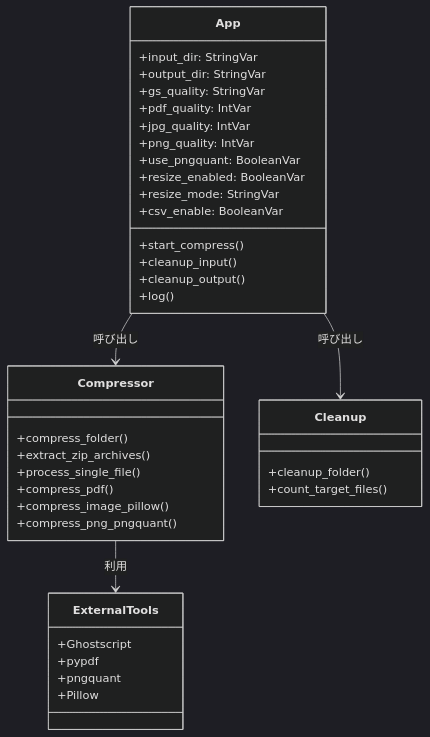
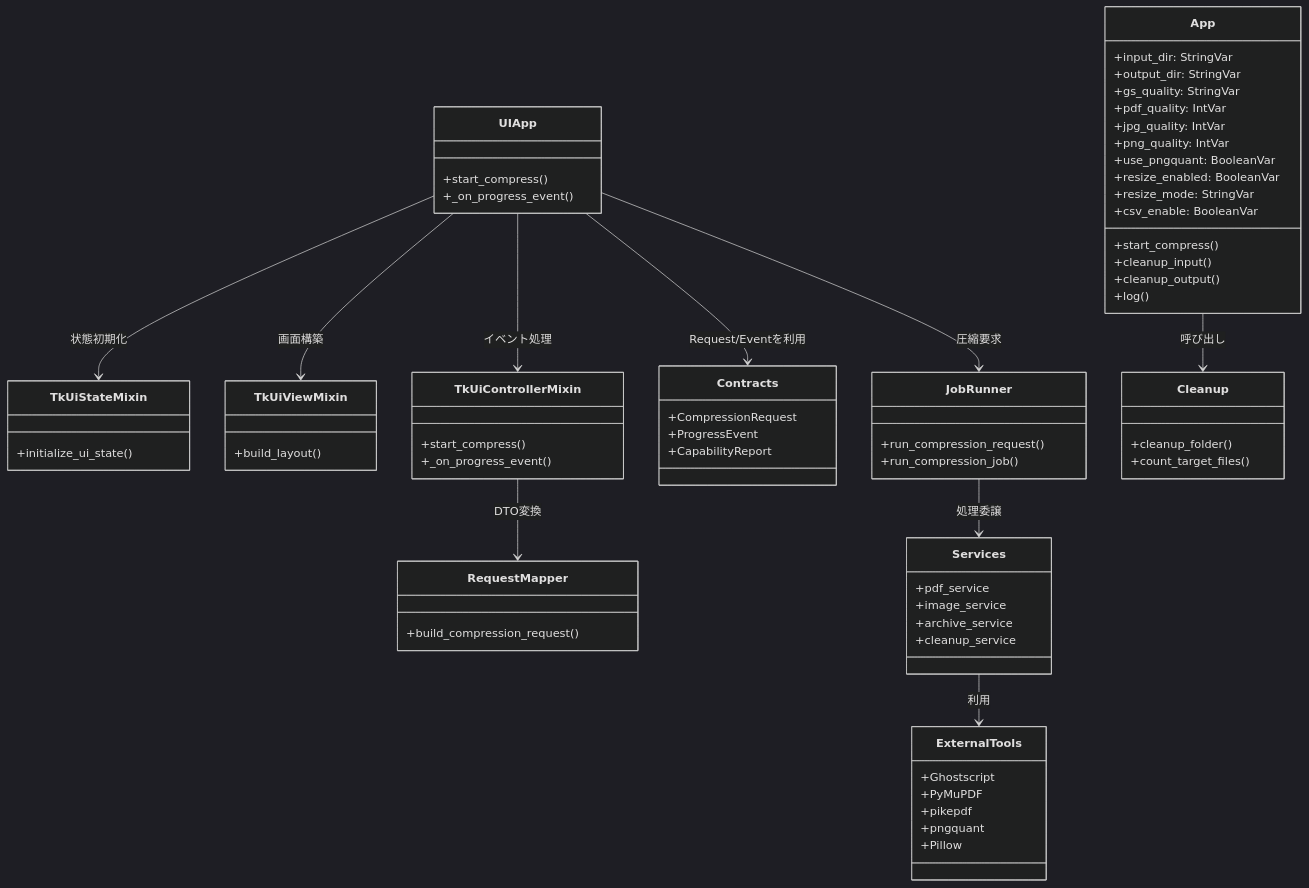
The third of 3 diagrams in Documentation/flow_sequence_and_class_diagrams.md (sho-kawasaki-dd/pjp_compressor_v2), drawn with Mermaid (dark theme) before and after one commit. The commit also changed other lines of this file and 33 other files, not shown here.

Commit message:
Front end refactoring view-controller-mapper architecture

````diff
--- a/Documentation/flow_sequence_and_class_diagrams.md
+++ b/Documentation/flow_sequence_and_class_diagrams.md
@@ -90,44 +90,82 @@
 ```mermaid
 classDiagram
     class App {
         +input_dir: StringVar
         +output_dir: StringVar
         +gs_quality: StringVar
         +pdf_quality: IntVar
         +jpg_quality: IntVar
         +png_quality: IntVar
         +use_pngquant: BooleanVar
         +resize_enabled: BooleanVar
         +resize_mode: StringVar
         +csv_enable: BooleanVar
         +start_compress()
         +cleanup_input()
         +cleanup_output()
         +log()
     }
 
-    class Compressor {
-        +compress_folder()
-        +extract_zip_archives()
-        +process_single_file()
-        +compress_pdf()
-        +compress_image_pillow()
-        +compress_png_pngquant()
+    class UIApp {
+        +start_compress()
+        +_on_progress_event()
+    }
+
+    class TkUiStateMixin {
+        +initialize_ui_state()
+    }
+
+    class TkUiViewMixin {
+        +build_layout()
+    }
+
+    class TkUiControllerMixin {
+        +start_compress()
+        +_on_progress_event()
+    }
+
+    class RequestMapper {
+        +build_compression_request()
+    }
+
+    class Contracts {
+        +CompressionRequest
+        +ProgressEvent
+        +CapabilityReport
+    }
+
+    class JobRunner {
+        +run_compression_request()
+        +run_compression_job()
+    }
+
+    class Services {
+        +pdf_service
+        +image_service
+        +archive_service
+        +cleanup_service
     }
 
     class Cleanup {
         +cleanup_folder()
         +count_target_files()
     }
 
     class ExternalTools {
         +Ghostscript
-        +pypdf
+        +PyMuPDF
+        +pikepdf
         +pngquant
         +Pillow
     }
 
-    App --> Compressor : 呼び出し
+    UIApp --> Contracts : Request/Eventを利用
+    UIApp --> TkUiStateMixin : 状態初期化
+    UIApp --> TkUiViewMixin : 画面構築
+    UIApp --> TkUiControllerMixin : イベント処理
+    TkUiControllerMixin --> RequestMapper : DTO変換
+    UIApp --> JobRunner : 圧縮要求
+    JobRunner --> Services : 処理委譲
     App --> Cleanup : 呼び出し
-    Compressor --> ExternalTools : 利用
+    Services --> ExternalTools : 利用
 ```
````
